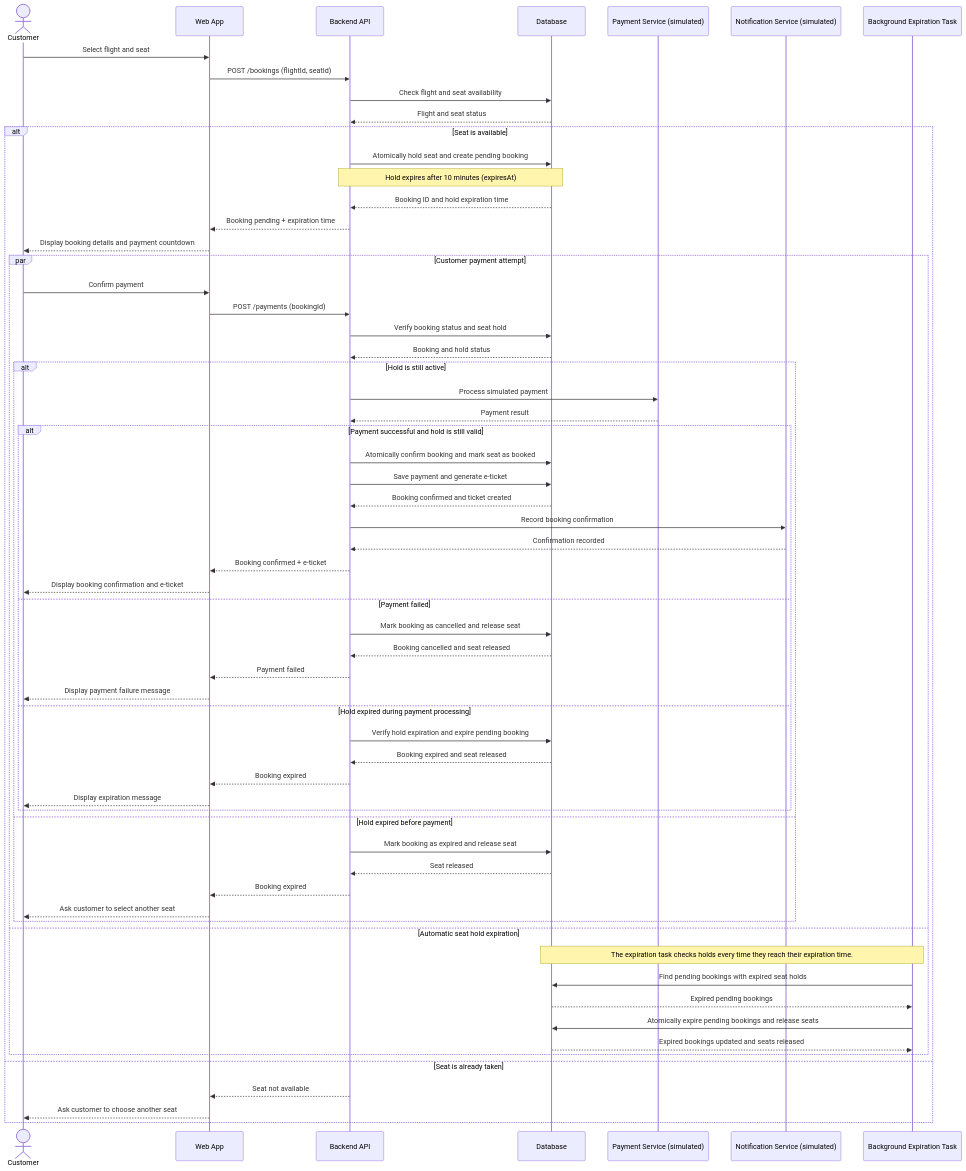
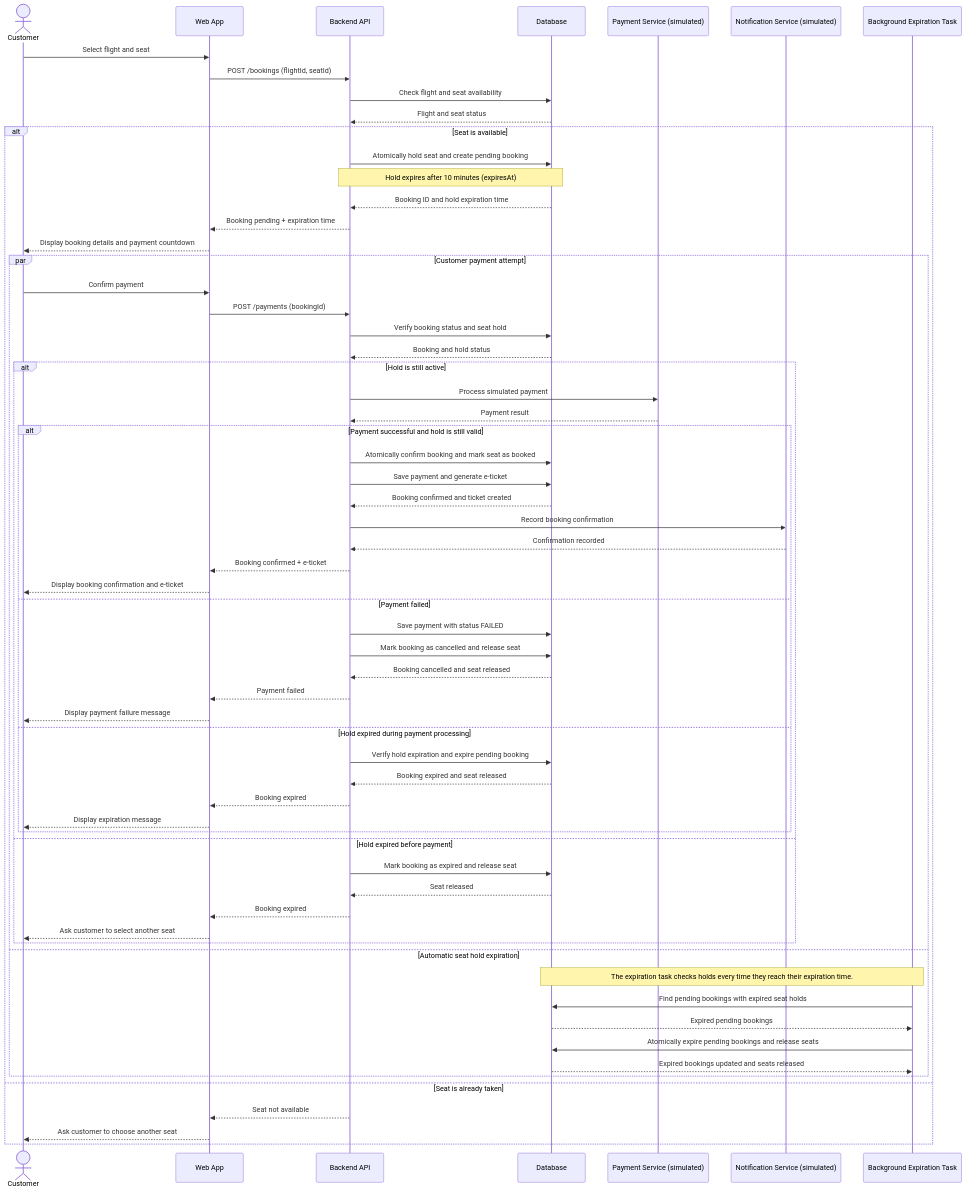
The diagram in uml/sequence_booking.md (AbdalslamBondoq/Software-project-Flight-Booking-System), drawn with Mermaid before and after one commit. The commit also changed other lines of this file, not shown here.

Commit message:
docs: save failed payments in the booking sequence diagram
PaymentStatus includes FAILED, but the failed-payment branch did not store the payment. Adds "Save payment with status FAILED" before cancelling the booking, and a matching line in the payment failure scenario.

````diff
--- a/uml/sequence_booking.md
+++ b/uml/sequence_booking.md
@@ -12,76 +12,77 @@
 ```mermaid
 sequenceDiagram
     actor C as Customer
     participant W as Web App
     participant B as Backend API
     participant D as Database
     participant P as Payment Service (simulated)
     participant N as Notification Service (simulated)
     participant E as Background Expiration Task
 
     %% FLIGHT AND SEAT SELECTION
     C->>W: Select flight and seat
     W->>B: POST /bookings (flightId, seatId)
     B->>D: Check flight and seat availability
     D-->>B: Flight and seat status
 
     alt Seat is available
         %% CREATE BOOKING AND HOLD SEAT
         B->>D: Atomically hold seat and create pending booking
         Note over B,D: Hold expires after 10 minutes (expiresAt)
         D-->>B: Booking ID and hold expiration time
         B-->>W: Booking pending + expiration time
         W-->>C: Display booking details and payment countdown
 
         par Customer payment attempt
             C->>W: Confirm payment
             W->>B: POST /payments (bookingId)
             B->>D: Verify booking status and seat hold
             D-->>B: Booking and hold status
 
             alt Hold is still active
                 B->>P: Process simulated payment
                 P-->>B: Payment result
 
                 alt Payment successful and hold is still valid
                     B->>D: Atomically confirm booking and mark seat as booked
                     B->>D: Save payment and generate e-ticket
                     D-->>B: Booking confirmed and ticket created
                     B->>N: Record booking confirmation
                     N-->>B: Confirmation recorded
                     B-->>W: Booking confirmed + e-ticket
                     W-->>C: Display booking confirmation and e-ticket
 
                 else Payment failed
+                    B->>D: Save payment with status FAILED
                     B->>D: Mark booking as cancelled and release seat
                     D-->>B: Booking cancelled and seat released
                     B-->>W: Payment failed
                     W-->>C: Display payment failure message
 
                 else Hold expired during payment processing
                     B->>D: Verify hold expiration and expire pending booking
                     D-->>B: Booking expired and seat released
                     B-->>W: Booking expired
                     W-->>C: Display expiration message
                 end
 
             else Hold expired before payment
                 B->>D: Mark booking as expired and release seat
                 D-->>B: Seat released
                 B-->>W: Booking expired
                 W-->>C: Ask customer to select another seat
             end
 
         and Automatic seat hold expiration
             Note over E,D: The expiration task checks holds every time they reach their expiration time.
             E->>D: Find pending bookings with expired seat holds
             D-->>E: Expired pending bookings
             E->>D: Atomically expire pending bookings and release seats
             D-->>E: Expired bookings updated and seats released
         end
 
     else Seat is already taken
         B-->>W: Seat not available
         W-->>C: Ask customer to choose another seat
     end
 ```
````
